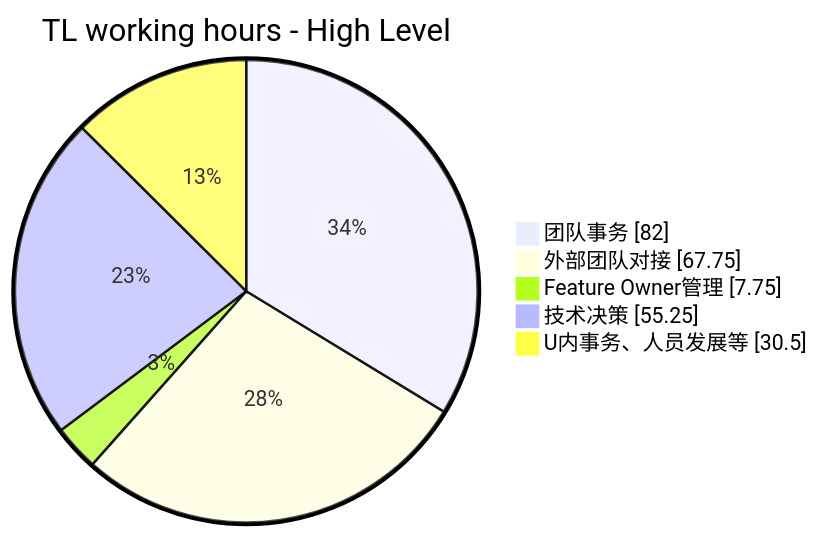
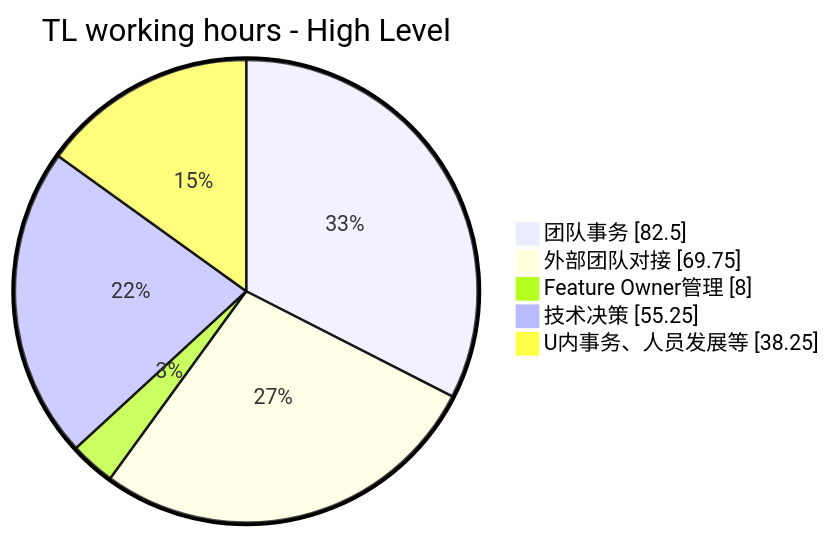
One commit to EthanLin-TWer/blog changed the fourth of 5 diagrams in _posts/2023-08-05-my-tech-lead-journey-iv.md. Above: the diagram before and after it, drawn with Mermaid. The commit also changed other lines of this file, not shown here.

````diff
--- a/_posts/2023-08-05-my-tech-lead-journey-iv.md
+++ b/_posts/2023-08-05-my-tech-lead-journey-iv.md
@@ -210,9 +210,9 @@
 ```mermaid
 %%{init: {"pie": {"textPosition": 0.5, "useWidth": 960}, "themeVariables": {"pieOuterStrokeWidth": "3px"}} }%%
 pie showData title TL working hours - High Level
-  "团队事务": 82
-  "外部团队对接": 67.75
-  "Feature Owner管理": 7.75
+  "团队事务": 82.5
+  "外部团队对接": 69.75
+  "Feature Owner管理": 8
   "技术决策": 55.25
-  "U内事务、人员发展等": 30.5
+  "U内事务、人员发展等": 38.25
 ```
````
